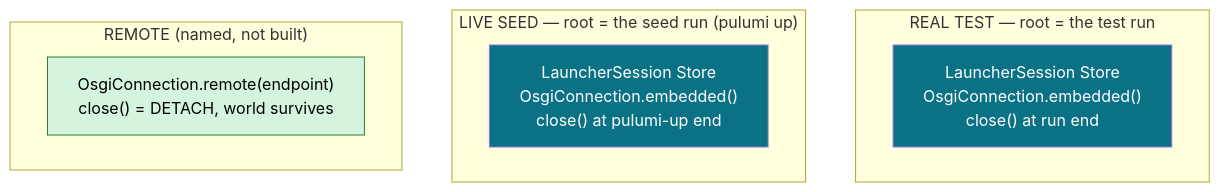
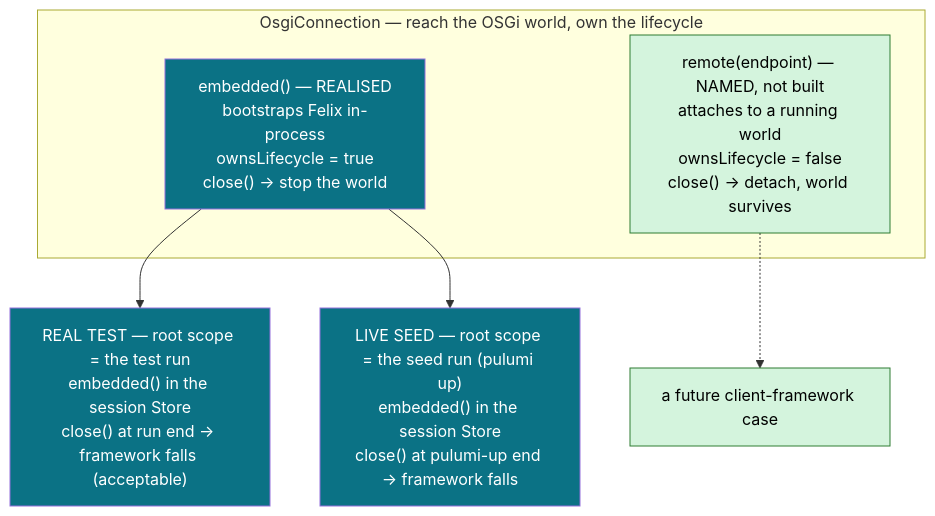
One commit to nxmatic/rke2lab changed the third of 8 diagrams in docs/architecture/osgi/engine-lifecycle-spec.adoc. Above: the diagram before and after it, drawn with Mermaid. The commit also changed other lines of this file, not shown here.

```diff
--- a/docs/architecture/osgi/engine-lifecycle-spec.adoc
+++ b/docs/architecture/osgi/engine-lifecycle-spec.adoc
@@ -144,17 +153,18 @@
 [mermaid]
 ....
 flowchart TB
-  subgraph test["REAL TEST — root = the test run"]
-    tr["LauncherSession Store<br/>OsgiConnection.embedded()<br/>close() at run end"]
+  subgraph abs["OsgiConnection — reach the OSGi world, own the lifecycle"]
+    emb["embedded() — REALISED<br/>bootstraps Felix in-process<br/>ownsLifecycle = true<br/>close() → stop the world"]
+    rem["remote(endpoint) — NAMED, not built<br/>attaches to a running world<br/>ownsLifecycle = false<br/>close() → detach, world survives"]
   end
-  subgraph run["LIVE SEED — root = the seed run (pulumi up)"]
-    rr["LauncherSession Store<br/>OsgiConnection.embedded()<br/>close() at pulumi-up end"]
-  end
-  subgraph rem["REMOTE (named, not built)"]
-    rmr["OsgiConnection.remote(endpoint)<br/>close() = DETACH, world survives"]
-  end
+  test["REAL TEST — root scope = the test run<br/>embedded() in the session Store<br/>close() at run end → framework falls (acceptable)"]
+  run["LIVE SEED — root scope = the seed run (pulumi up)<br/>embedded() in the session Store<br/>close() at pulumi-up end → framework falls"]
+  future["a future client-framework case"]
+  emb --> test
+  emb --> run
+  rem -.-> future
   classDef built fill:#0b7285,color:#fff;
-  classDef future fill:#d4f4dd,stroke:#2e7d32,color:#000;
-  class tr,rr built
-  class rmr future
+  classDef named fill:#d4f4dd,stroke:#2e7d32,color:#000;
+  class emb,test,run built
+  class rem,future named
 ....
```
